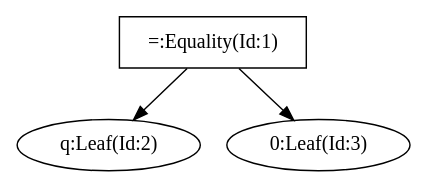
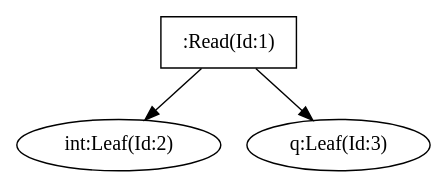
The diagram in Compiler/SyntacticalAnalyzerGenerator/LangFiles/astTree.dot (egoshin-igor/StateMachine), drawn with Graphviz before and after one commit. The commit also changed 11 other files, not shown here.

```diff
--- a/Compiler/SyntacticalAnalyzerGenerator/LangFiles/astTree.dot
+++ b/Compiler/SyntacticalAnalyzerGenerator/LangFiles/astTree.dot
@@ -1,1 +1,1 @@
-digraph G{"=:Equality(Id:1)" [shape = box];"=:Equality(Id:1)"->"q:Leaf(Id:2)";"=:Equality(Id:1)"->"0:Leaf(Id:3)";}
+digraph G{":Read(Id:1)" [shape = box];":Read(Id:1)"->"int:Leaf(Id:2)";":Read(Id:1)"->"q:Leaf(Id:3)";}
```
